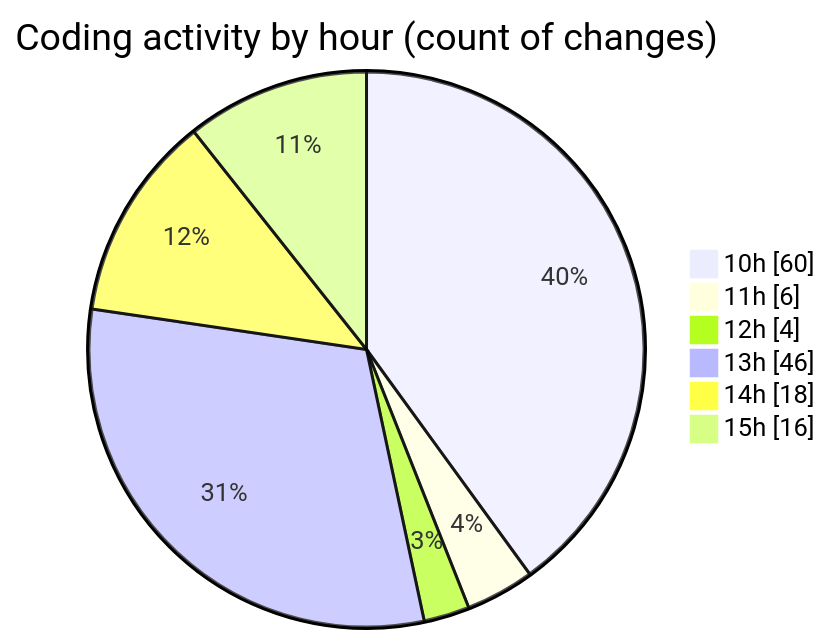
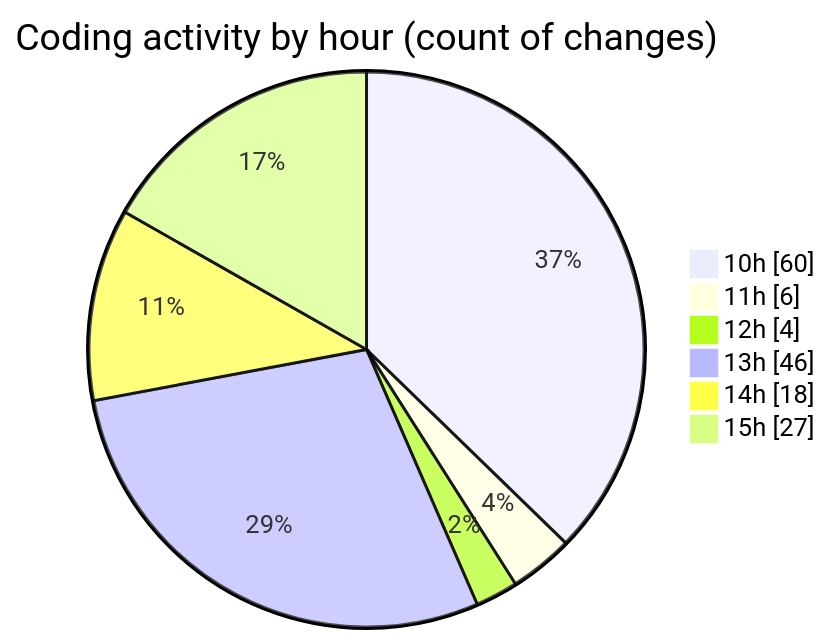
Before and after one commit to momahboobian/code-tracking: the second of 2 diagrams in 2026-06-18/cda/README.md, drawn with Mermaid. The commit also changed other lines of this file and 1 other file, not shown here.

````diff
--- a/2026-06-18/cda/README.md
+++ b/2026-06-18/cda/README.md
@@ -76,10 +78,10 @@
 ```mermaid
 pie showData
 title Coding activity by hour (count of changes)
 "10h" : 60
 "11h" : 6
 "12h" : 4
 "13h" : 46
 "14h" : 18
-"15h" : 16
+"15h" : 27
 ```
````
